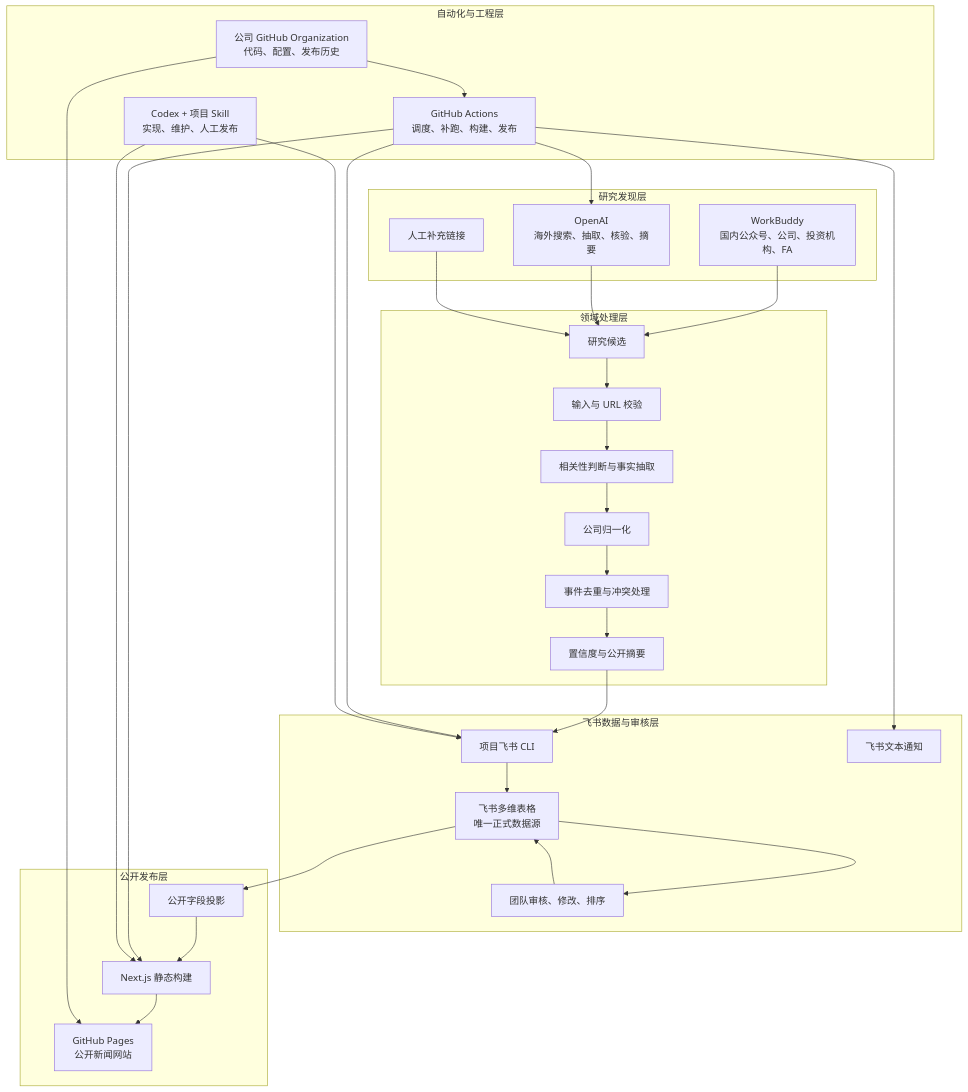
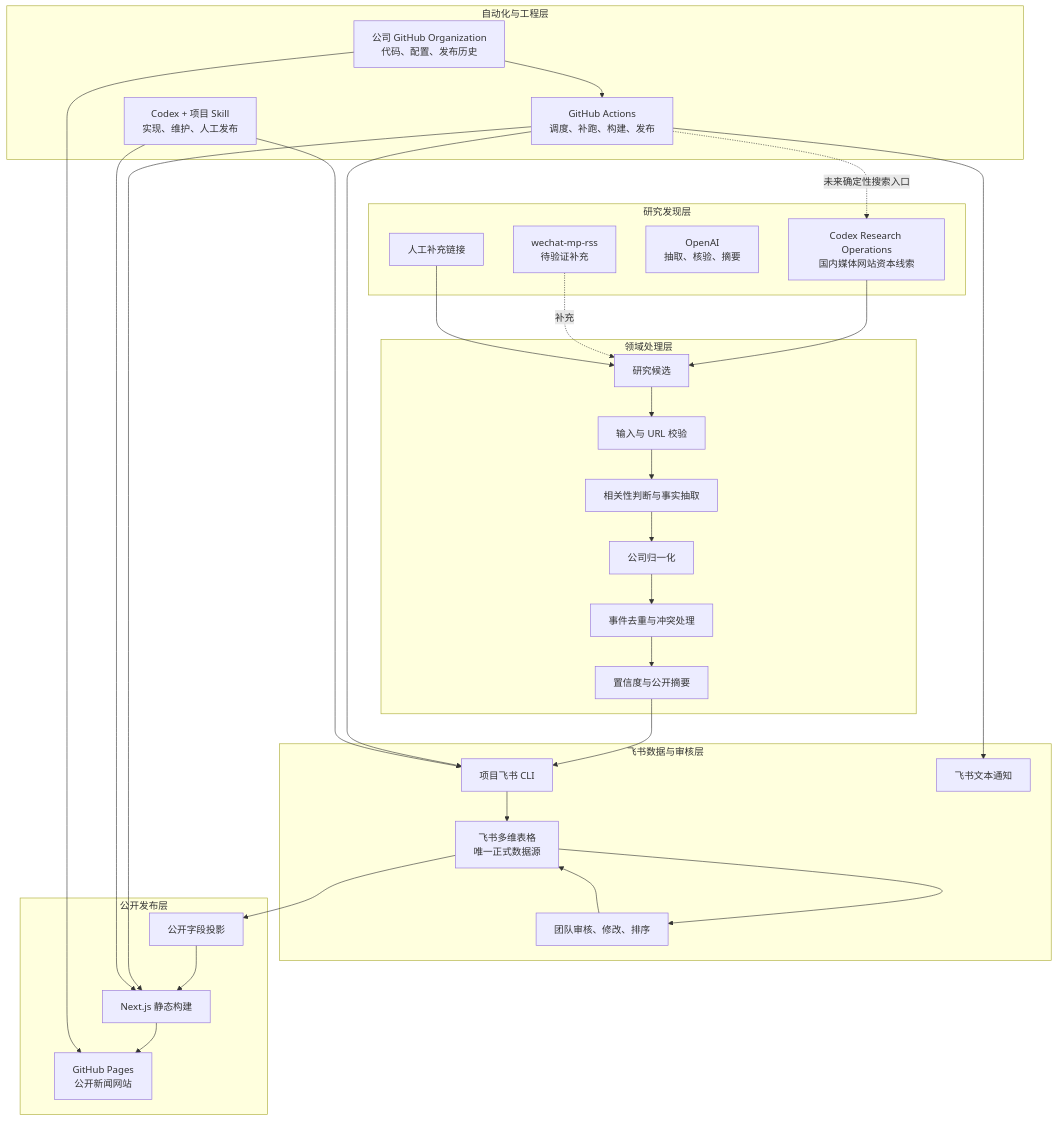
The first of 29 diagrams in architecture.md (AuroraLiu67/embodied-news), drawn with Mermaid before and after one commit. The commit also changed other lines of this file and 32 other files, not shown here.

Commit message:
docs: update research operations baseline

````diff
--- a/architecture.md
+++ b/architecture.md
@@ -25,60 +25,61 @@
 ```mermaid
 flowchart TB
     subgraph Discovery["研究发现层"]
-        WB["WorkBuddy<br/>国内公众号、公司、投资机构、FA"]
-        OpenAI["OpenAI<br/>海外搜索、抽取、核验、摘要"]
+        Research["Codex Research Operations<br/>国内媒体网站资本线索"]
+        RSS["wechat-mp-rss<br/>待验证补充"]
+        OpenAI["OpenAI<br/>抽取、核验、摘要"]
         Manual["人工补充链接"]
     end
 
     subgraph Core["领域处理层"]
         Candidate["研究候选"]
         Validate["输入与 URL 校验"]
         Extract["相关性判断与事实抽取"]
         Resolve["公司归一化"]
         Deduplicate["事件去重与冲突处理"]
         Confidence["置信度与公开摘要"]
     end
 
     subgraph Feishu["飞书数据与审核层"]
         CLI["项目飞书 CLI"]
         Base["飞书多维表格<br/>唯一正式数据源"]
         Review["团队审核、修改、排序"]
         Notify["飞书文本通知"]
     end
 
     subgraph Publication["公开发布层"]
         Projection["公开字段投影"]
         Build["Next.js 静态构建"]
         Pages["GitHub Pages<br/>公开新闻网站"]
     end
 
     subgraph Automation["自动化与工程层"]
         Actions["GitHub Actions<br/>调度、补跑、构建、发布"]
         Codex["Codex + 项目 Skill<br/>实现、维护、人工发布"]
         GitHub["公司 GitHub Organization<br/>代码、配置、发布历史"]
     end
 
-    WB --> Candidate
-    OpenAI --> Candidate
+    Research --> Candidate
+    RSS -.补充.-> Candidate
     Manual --> Candidate
     Candidate --> Validate
     Validate --> Extract
     Extract --> Resolve
     Resolve --> Deduplicate
     Deduplicate --> Confidence
     Confidence --> CLI
     CLI --> Base
     Base --> Review
     Review --> Base
     Base --> Projection
     Projection --> Build
     Build --> Pages
-    Actions --> OpenAI
+    Actions -.未来确定性搜索入口.-> Research
     Actions --> CLI
     Actions --> Build
     Actions --> Notify
     Codex --> CLI
     Codex --> Build
     GitHub --> Actions
     GitHub --> Pages
 ```
````
